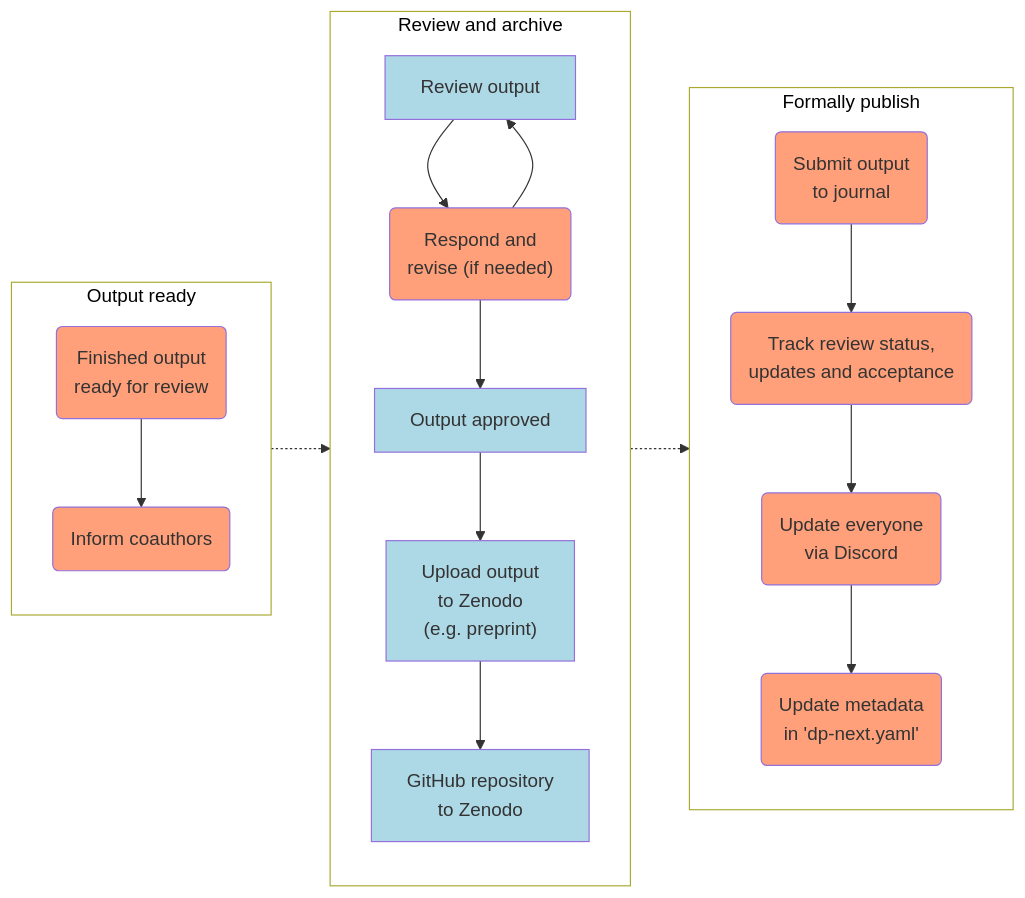
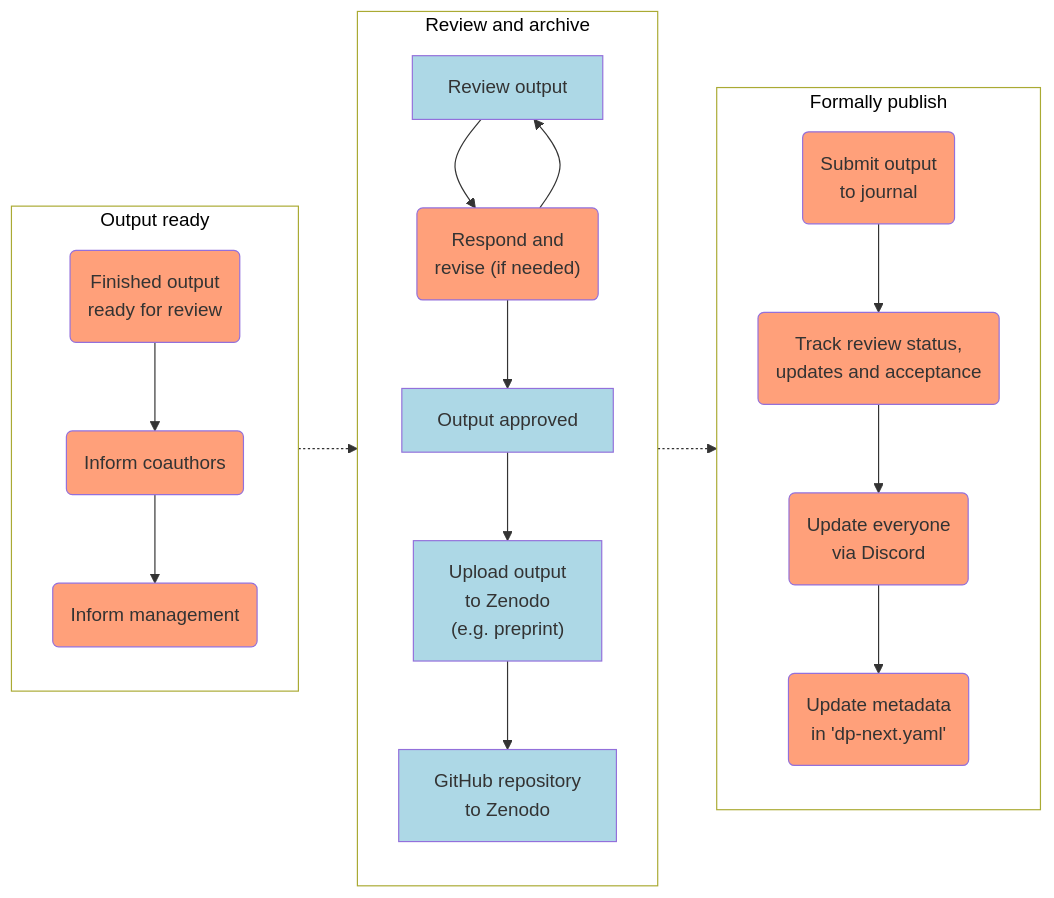
One commit to dp-next/guide changed the diagram in docs/publishing/index.qmd. Above: the diagram before and after it, drawn with Mermaid. The commit also changed other lines of this file, not shown here.

Commit message:
refactor: ✏️ move more content into publishing

````diff
--- a/docs/publishing/index.qmd
+++ b/docs/publishing/index.qmd
@@ -31,47 +56,48 @@
 ```{mermaid}
 %%| label: fig-publication-steps
 %%| fig-cap: >-
-%%|   Steps to follow for publishing scientific output during the life cycle of
-%%|   a DP-Next project. The rounded boxes in orange are tasks you are
+%%|   Steps to follow for formally publishing scientific output during the life
+%%|   cycle of a DP-Next project. The rounded boxes in orange are tasks you are
 %%|   responsible for doing. The rectangular ones in light blue are for the
 %%|   committee members to do.
 %%| fig-alt: >-
 %%|   Boxes and arrows indicating the flow of tasks from preparation to
 %%|   publication. The boxes are colored according to whether they are the
 %%|   responsibility of the authors or the committee members. These tasks are
 %%|   visual representations of the text below.
 
 graph LR
     subgraph S1["Output ready"]
       direction TB
       ready("Finished output<br>ready for review"):::yours
-      inform_draft("Inform coauthors"):::yours
-      ready --> inform_draft
+      inform_coauthors("Inform coauthors"):::yours
+      inform_management("Inform management"):::yours
+      ready --> inform_coauthors --> inform_management
     end
 
     subgraph S2["Review and archive"]
       review["Review output"]:::ours
       respond("Respond and<br>revise (if needed)"):::yours
       approve["Output approved"]:::ours
       zenodo["Upload output<br>to Zenodo<br>(e.g. preprint)"]:::ours
       github["GitHub repository<br>to Zenodo"]:::ours
       review --> respond --> review
       respond --> approve --> zenodo --> github
     end
 
     subgraph S3["Formally publish"]
       journal("Submit output<br>to journal"):::yours
       track("Track review status,<br>updates and acceptance"):::yours
       inform_end("Update everyone<br>via Discord"):::yours
       update_metadata("Update metadata<br>in 'dp-next.yaml'"):::yours
       journal --> track --> inform_end --> update_metadata
     end
 
     S1 -.-> S2 -.-> S3
 
     style S1 fill:#FFFFFF, color:#000000
     style S2 fill:#FFFFFF, color:#000000
     style S3 fill:#FFFFFF, color:#000000
     classDef ours fill:#ADD8E6;
     classDef yours fill:#FFA07A;
 ```
````
